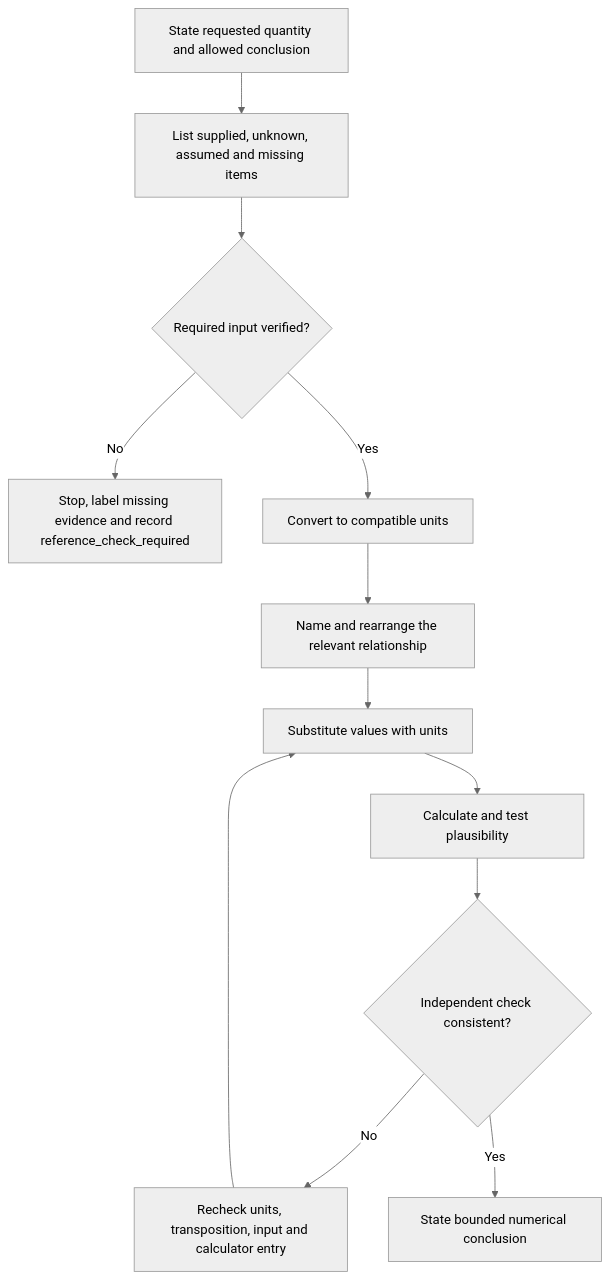
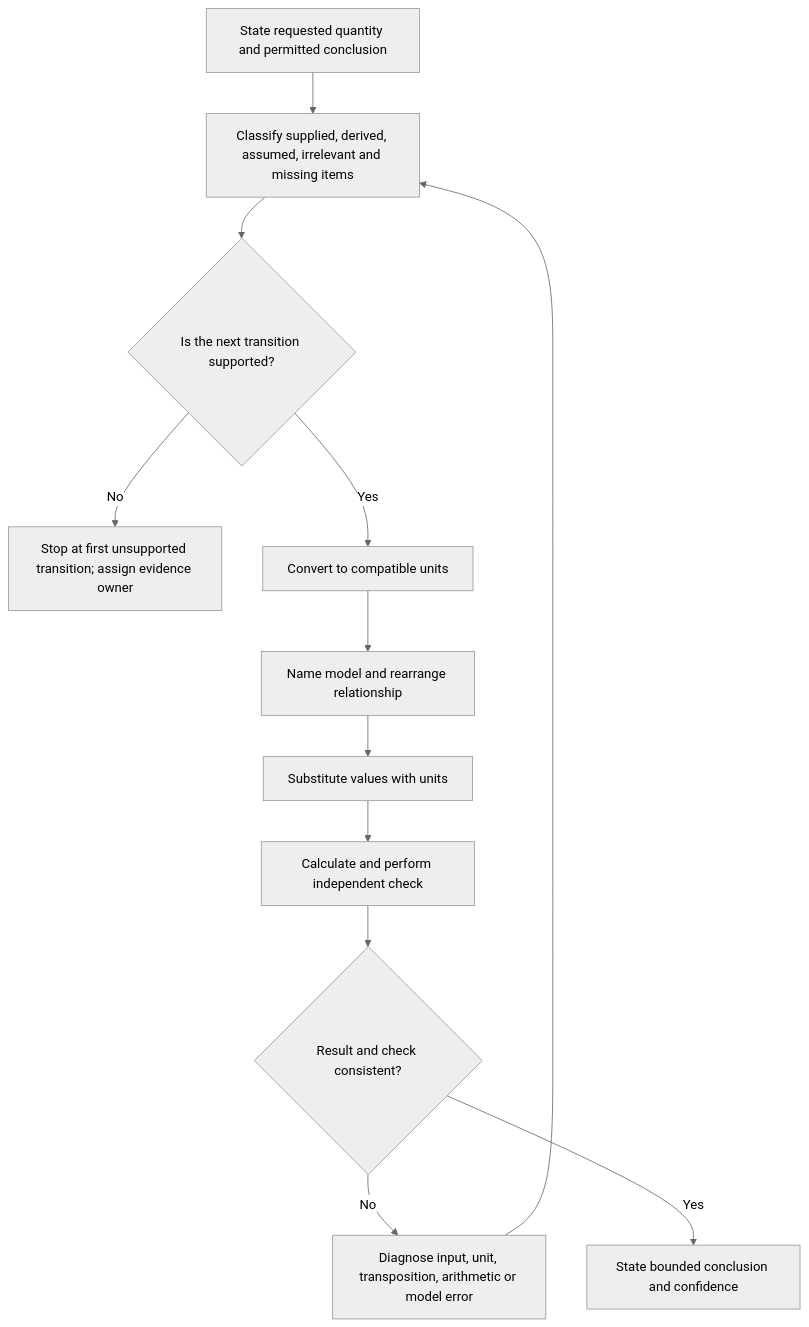
One commit to andrew3stedall/capstone changed the first of 2 diagrams in docs/learning-plans/12-week/modules/day-08-circuit-quantities-load-reasoning-and-prerequisite-calculation-check.md. Above: the diagram before and after it, drawn with Mermaid (neutral theme). The commit also changed other lines of this file, not shown here.

Commit message:
Improve Day 8 calculation reasoning and assessment evidence

````diff
--- a/docs/learning-plans/12-week/modules/day-08-circuit-quantities-load-reasoning-and-prerequisite-calculation-check.md
+++ b/docs/learning-plans/12-week/modules/day-08-circuit-quantities-load-reasoning-and-prerequisite-calculation-check.md
@@ -141,14 +150,14 @@
 ```mermaid
 flowchart TD
-    A["State requested quantity and allowed conclusion"] --> B["List supplied, unknown, assumed and missing items"]
-    B --> C{"Required input verified?"}
-    C -->|"No"| D["Stop, label missing evidence and record reference_check_required"]
+    A["State requested quantity and permitted conclusion"] --> B["Classify supplied, derived, assumed, irrelevant and missing items"]
+    B --> C{"Is the next transition supported?"}
+    C -->|"No"| D["Stop at first unsupported transition; assign evidence owner"]
     C -->|"Yes"| E["Convert to compatible units"]
-    E --> F["Name and rearrange the relevant relationship"]
+    E --> F["Name model and rearrange relationship"]
     F --> G["Substitute values with units"]
-    G --> H["Calculate and test plausibility"]
-    H --> I{"Independent check consistent?"}
-    I -->|"No"| J["Recheck units, transposition, input and calculator entry"]
-    J --> G
-    I -->|"Yes"| K["State bounded numerical conclusion"]
+    G --> H["Calculate and perform independent check"]
+    H --> I{"Result and check consistent?"}
+    I -->|"No"| J["Diagnose input, unit, transposition, arithmetic or model error"]
+    J --> B
+    I -->|"Yes"| K["State bounded conclusion and confidence"]
 ```
````
